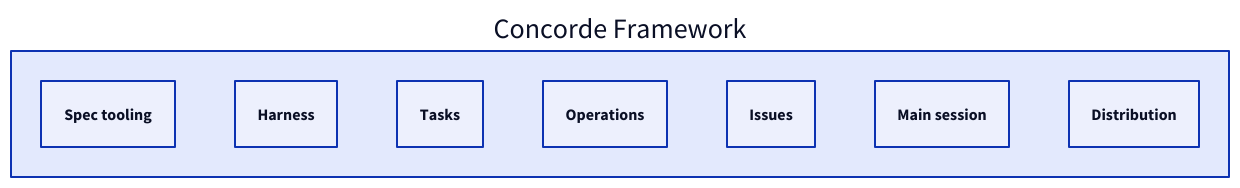
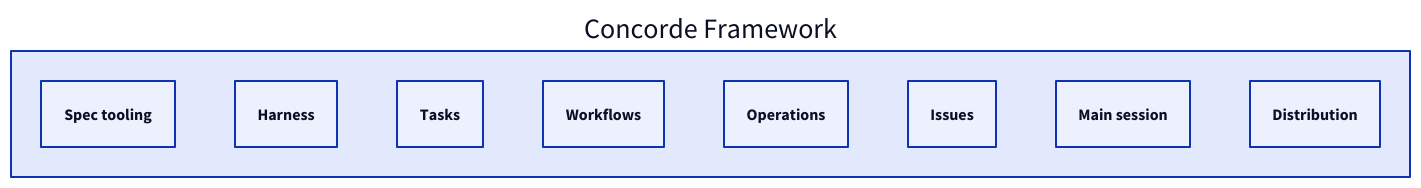
The second of 2 diagrams in specs/concorde/module.md (FTOD/concorde), drawn with D2 before and after one commit. The commit also changed other lines of this file and 58 other files, not shown here.

````diff
--- a/specs/concorde/module.md
+++ b/specs/concorde/module.md
@@ -141,11 +161,12 @@
 ```d2
 root: Concorde Framework {
   spectooling: Spec tooling
   harness: Harness
   tasks: Tasks
+  workflows: Workflows
   operations: Operations
   issues: Issues
   mainsession: Main session
   distribution: Distribution
 }
 ```
````
